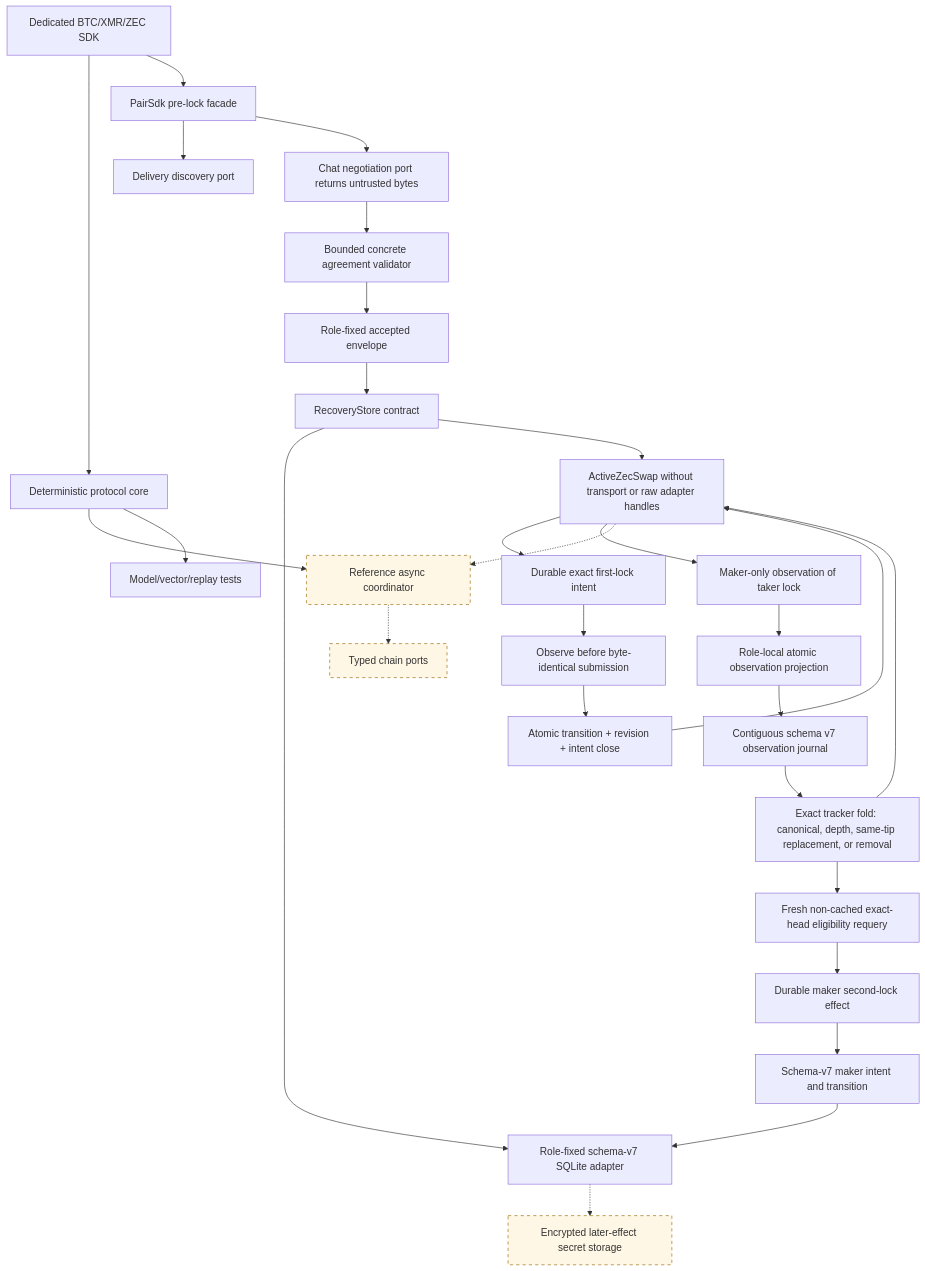
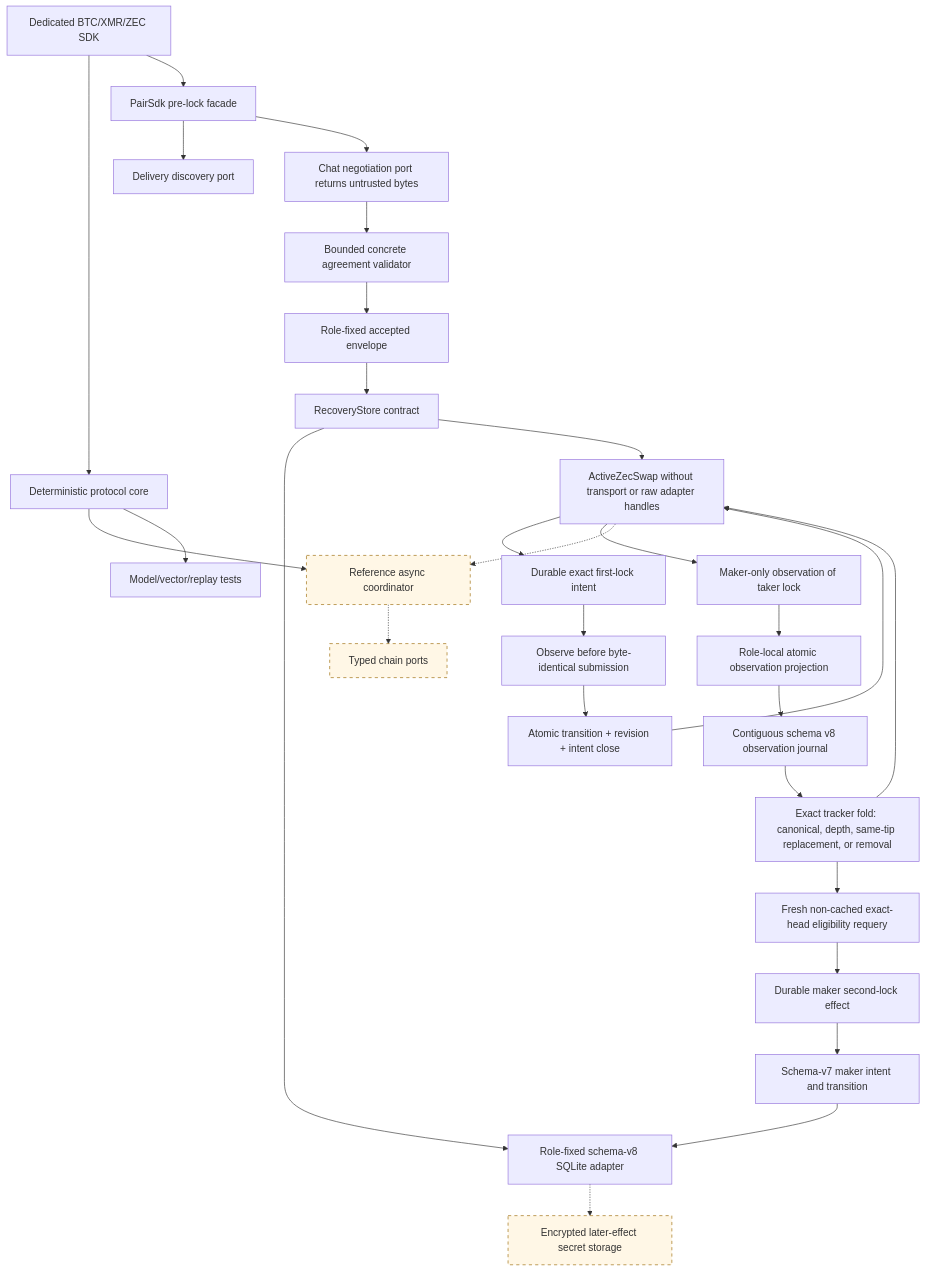
The diagram in docs/architecture/0013-sdk-layering.md (gateway-fm/lez-atomic-swaps), drawn with Mermaid before and after one commit. The commit also changed other lines of this file and 11 other files, not shown here.

````diff
--- a/docs/architecture/0013-sdk-layering.md
+++ b/docs/architecture/0013-sdk-layering.md
@@ -7,33 +7,33 @@
 ```mermaid
 flowchart TB
     Pair["Dedicated BTC/XMR/ZEC SDK"] --> Core["Deterministic protocol core"]
     Pair --> Facade["PairSdk pre-lock facade"]
     Facade --> Discovery["Delivery discovery port"]
     Facade --> Negotiation["Chat negotiation port returns untrusted bytes"]
     Negotiation --> Validator["Bounded concrete agreement validator"]
     Validator --> Accepted["Role-fixed accepted envelope"]
     Accepted --> Store["RecoveryStore contract"]
-    Store --> SQLite["Role-fixed schema-v7 SQLite adapter"]
+    Store --> SQLite["Role-fixed schema-v8 SQLite adapter"]
     Store --> Active["ActiveZecSwap without transport or raw adapter handles"]
     Active --> Intent["Durable exact first-lock intent"]
     Intent --> Observe["Observe before byte-identical submission"]
     Observe --> Projection["Atomic transition + revision + intent close"]
     Projection --> Active
     Active --> MakerObserve["Maker-only observation of taker lock"]
     MakerObserve --> MakerProjection["Role-local atomic observation projection"]
-    MakerProjection --> Journal["Contiguous schema v7 observation journal"]
+    MakerProjection --> Journal["Contiguous schema v8 observation journal"]
     Journal --> Reconcile["Exact tracker fold: canonical, depth, same-tip replacement, or removal"]
     Reconcile --> Active
     Reconcile --> Fresh["Fresh non-cached exact-head eligibility requery"]
     Fresh --> MakerEffect["Durable maker second-lock effect"]
     MakerEffect --> MakerIntent["Schema-v7 maker intent and transition"]
     MakerIntent --> SQLite
     Active -.-> Runtime["Reference async coordinator"]
     Runtime -.-> Nodes["Typed chain ports"]
     SQLite -.-> Encrypted["Encrypted later-effect secret storage"]
     Core --> Runtime
     Core --> Tests["Model/vector/replay tests"]
 
     classDef planned stroke-dasharray: 5 5,fill:#fff7e6,stroke:#9a6700;
     class Runtime,Nodes,Encrypted planned;
 ```
````
